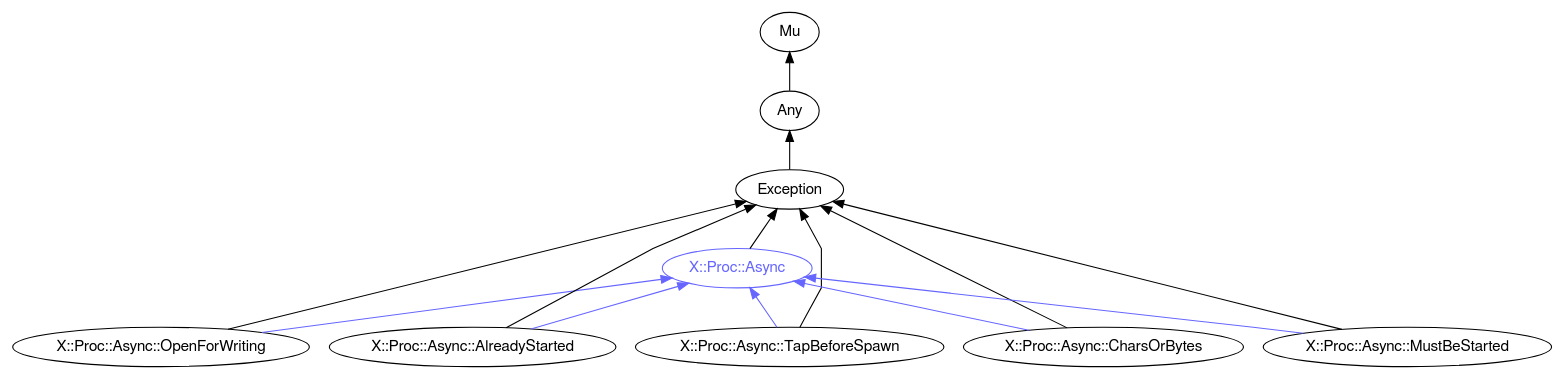
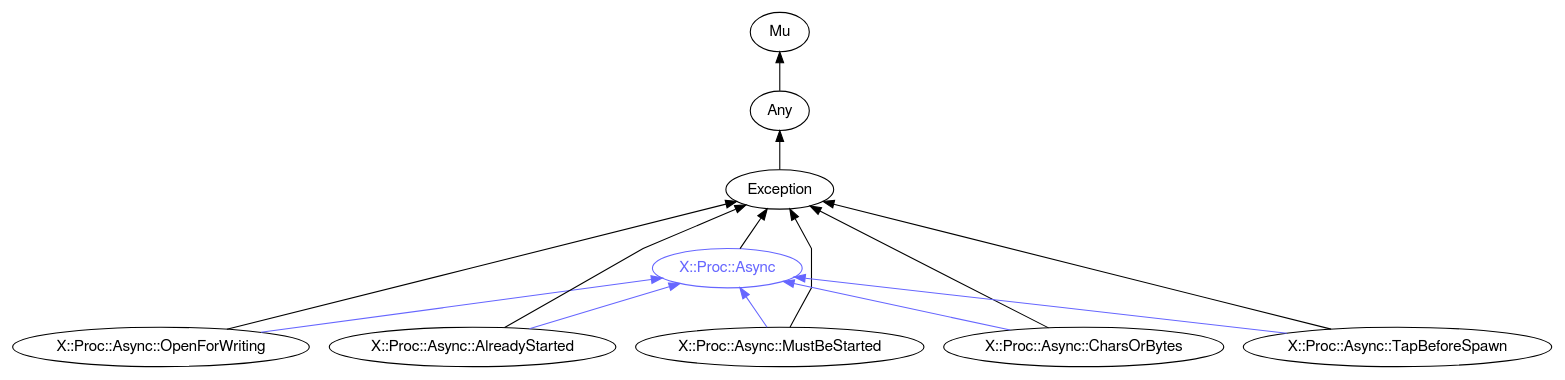
Before and after one commit to perl6docs/perl6docs.github.io: the diagram in images/type-graph-X::Proc::Async.svg.dot, drawn with Graphviz. The commit also changed other lines of this file and 4371 other files, not shown here.

```diff
--- a/images/type-graph-X::Proc::Async.svg.dot
+++ b/images/type-graph-X::Proc::Async.svg.dot
@@ -1,32 +1,32 @@
 digraph "perl6-type-graph" {
     rankdir=BT;
     splines=polyline;
     overlap=false; 
     // Types
     "X::Proc::Async" [color="#6666FF", fontcolor="#6666FF", href="/type/X::Proc::Async", fontname="FreeSans"];
     "Mu" [color="#000000", fontcolor="#000000", href="/type/Mu", fontname="FreeSans"];
     "Any" [color="#000000", fontcolor="#000000", href="/type/Any", fontname="FreeSans"];
     "Exception" [color="#000000", fontcolor="#000000", href="/type/Exception", fontname="FreeSans"];
     "X::Proc::Async::OpenForWriting" [color="#000000", fontcolor="#000000", href="/type/X::Proc::Async::OpenForWriting", fontname="FreeSans"];
     "X::Proc::Async::AlreadyStarted" [color="#000000", fontcolor="#000000", href="/type/X::Proc::Async::AlreadyStarted", fontname="FreeSans"];
+    "X::Proc::Async::MustBeStarted" [color="#000000", fontcolor="#000000", href="/type/X::Proc::Async::MustBeStarted", fontname="FreeSans"];
+    "X::Proc::Async::CharsOrBytes" [color="#000000", fontcolor="#000000", href="/type/X::Proc::Async::CharsOrBytes", fontname="FreeSans"];
     "X::Proc::Async::TapBeforeSpawn" [color="#000000", fontcolor="#000000", href="/type/X::Proc::Async::TapBeforeSpawn", fontname="FreeSans"];
-    "X::Proc::Async::CharsOrBytes" [color="#000000", fontcolor="#000000", href="/type/X::Proc::Async::CharsOrBytes", fontname="FreeSans"];
-    "X::Proc::Async::MustBeStarted" [color="#000000", fontcolor="#000000", href="/type/X::Proc::Async::MustBeStarted", fontname="FreeSans"];
 
     // Superclasses
     "X::Proc::Async" -> "Exception" [color="#000000"];
     "Any" -> "Mu" [color="#000000"];
     "Exception" -> "Any" [color="#000000"];
     "X::Proc::Async::OpenForWriting" -> "Exception" [color="#000000"];
     "X::Proc::Async::AlreadyStarted" -> "Exception" [color="#000000"];
+    "X::Proc::Async::MustBeStarted" -> "Exception" [color="#000000"];
+    "X::Proc::Async::CharsOrBytes" -> "Exception" [color="#000000"];
     "X::Proc::Async::TapBeforeSpawn" -> "Exception" [color="#000000"];
-    "X::Proc::Async::CharsOrBytes" -> "Exception" [color="#000000"];
-    "X::Proc::Async::MustBeStarted" -> "Exception" [color="#000000"];
 
     // Roles
     "X::Proc::Async::OpenForWriting" -> "X::Proc::Async" [color="#6666FF"];
     "X::Proc::Async::AlreadyStarted" -> "X::Proc::Async" [color="#6666FF"];
+    "X::Proc::Async::MustBeStarted" -> "X::Proc::Async" [color="#6666FF"];
+    "X::Proc::Async::CharsOrBytes" -> "X::Proc::Async" [color="#6666FF"];
     "X::Proc::Async::TapBeforeSpawn" -> "X::Proc::Async" [color="#6666FF"];
-    "X::Proc::Async::CharsOrBytes" -> "X::Proc::Async" [color="#6666FF"];
-    "X::Proc::Async::MustBeStarted" -> "X::Proc::Async" [color="#6666FF"];
 }
```
